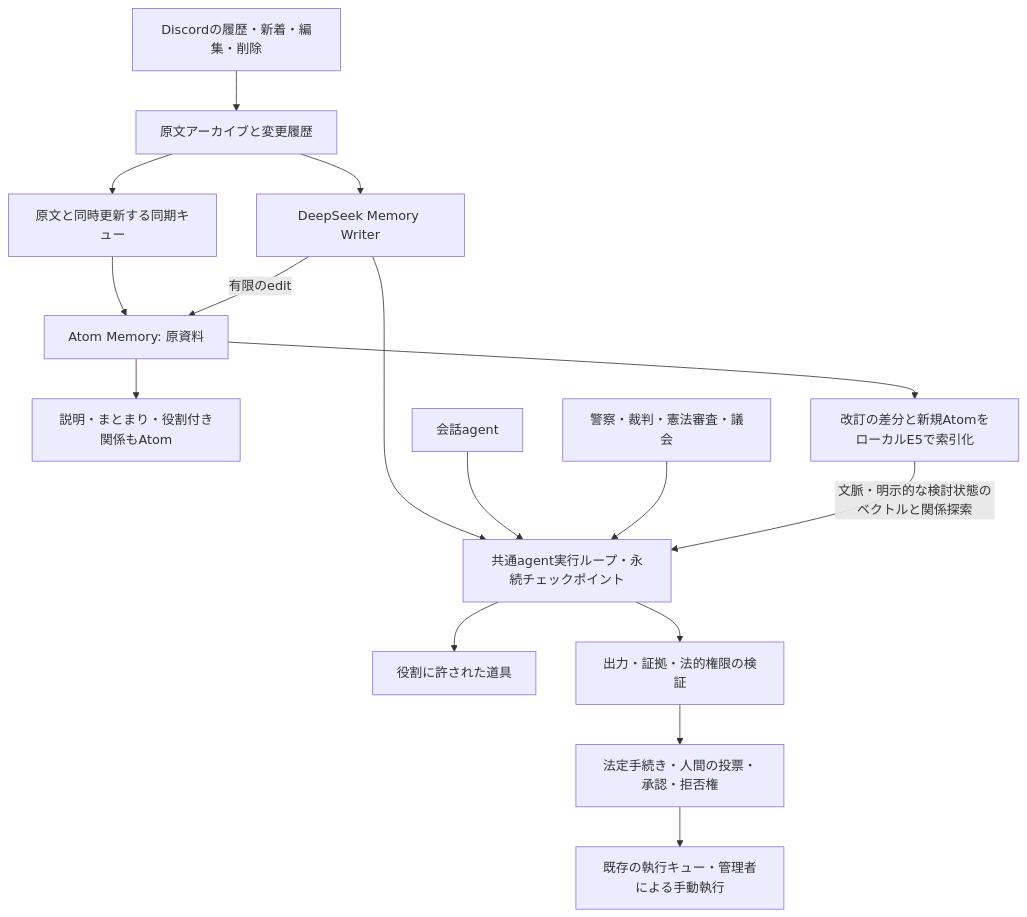
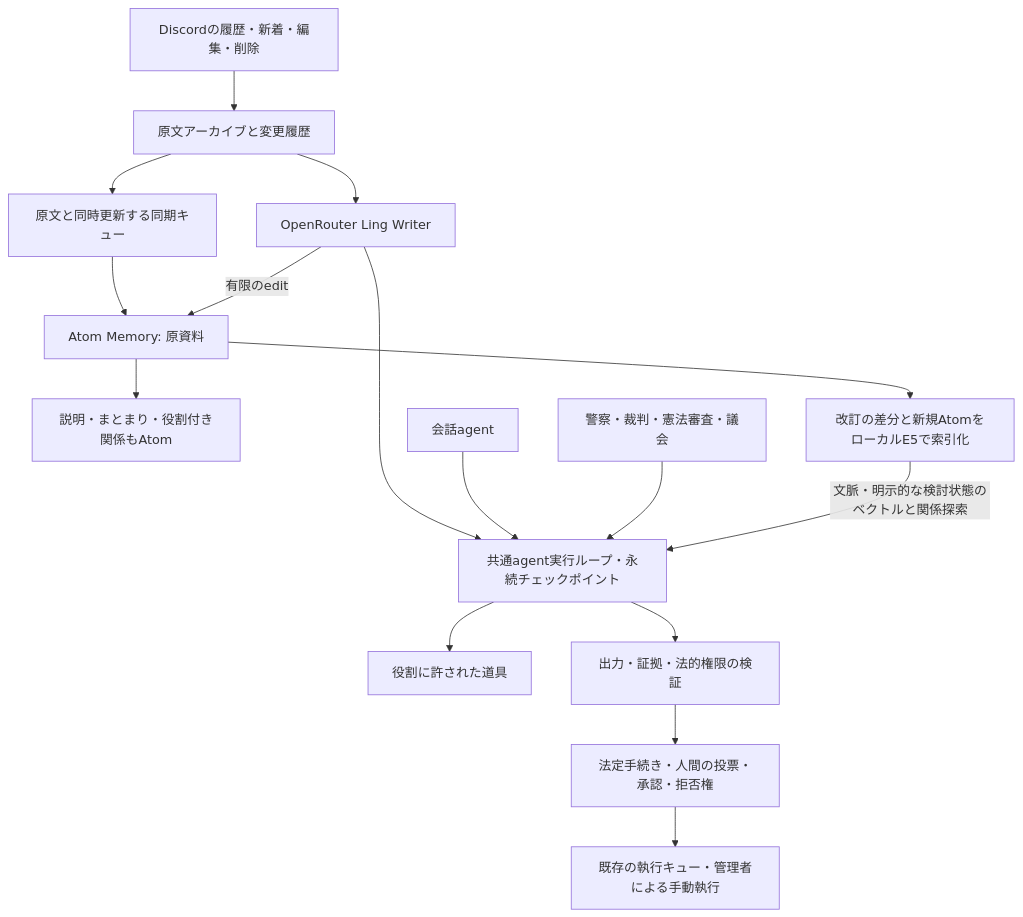
The diagram in docs/agent-architecture.md (tako0614/sakana), drawn with Mermaid before and after one commit. The commit also changed other lines of this file and 31 other files, not shown here.

Commit message:
feat: adopt Atom 0.4 and shared OpenRouter agent execution

````diff
--- a/docs/agent-architecture.md
+++ b/docs/agent-architecture.md
@@ -5,18 +5,18 @@
 ```mermaid
 flowchart TD
   Discord[Discordの履歴・新着・編集・削除] --> Archive[原文アーカイブと変更履歴]
   Archive --> Queue[原文と同時更新する同期キュー]
   Queue --> Atom[Atom Memory: 原資料]
-  Archive --> Writer[DeepSeek Memory Writer]
+  Archive --> Writer[OpenRouter Ling Writer]
   Writer --> Runtime
   Writer -->|有限のedit| Atom
   Atom --> Meaning[説明・まとまり・役割付き関係もAtom]
   Chat[会話agent] --> Runtime[共通agent実行ループ・永続チェックポイント]
   Institutions[警察・裁判・憲法審査・議会] --> Runtime
   Atom --> Index[改訂の差分と新規AtomをローカルE5で索引化]
   Index -->|文脈・明示的な検討状態のベクトルと関係探索| Runtime
   Runtime --> Tools[役割に許された道具]
   Runtime --> Validate[出力・証拠・法的権限の検証]
   Validate --> Workflow[法定手続き・人間の投票・承認・拒否権]
   Workflow --> Effects[既存の執行キュー・管理者による手動執行]
 ```
````
